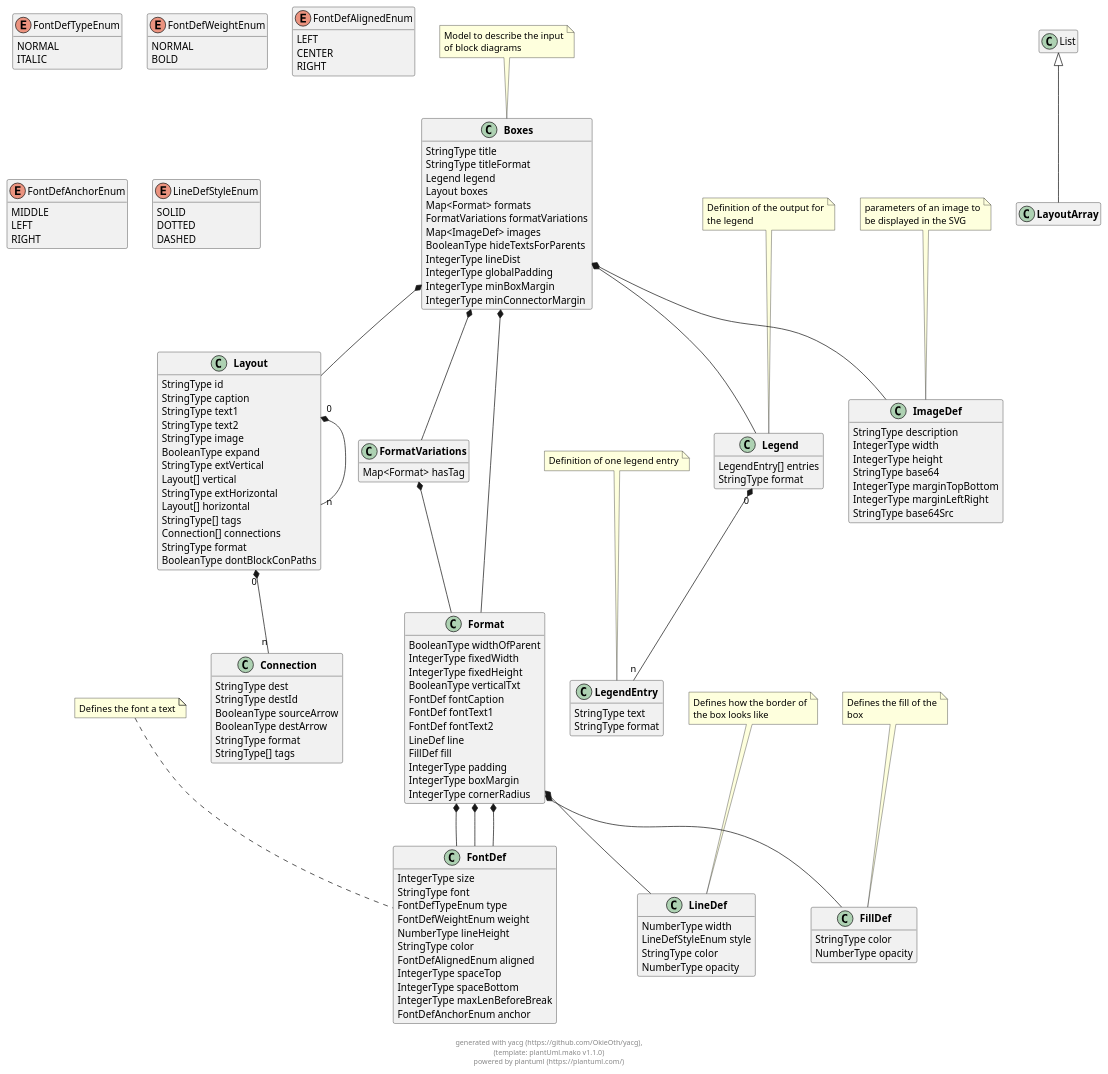
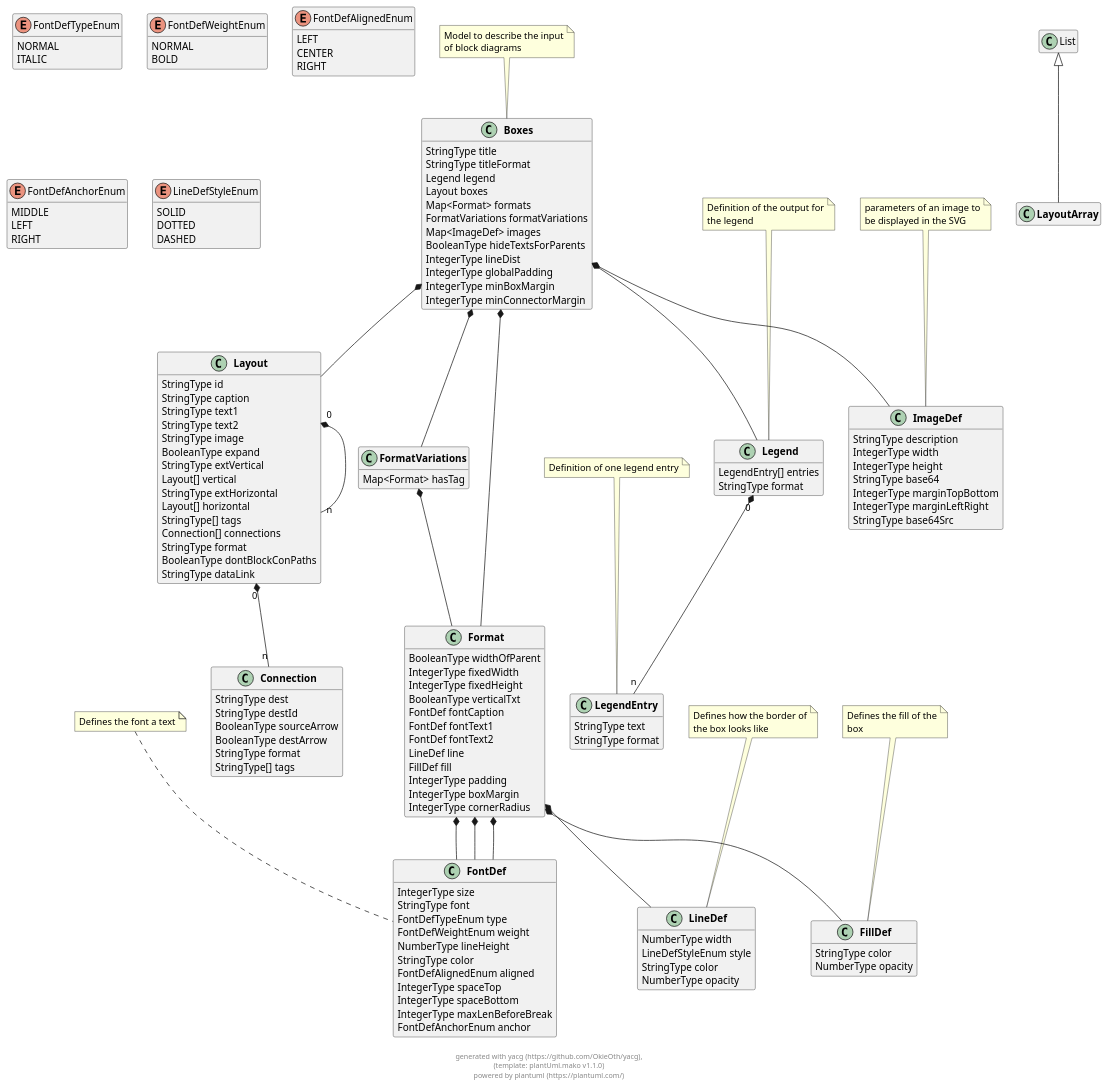
Before and after one commit to OkieOth/draw.chart.things: the diagram in docs/models/puml/boxes.puml, drawn with PlantUML. The commit also changed 9 other files, not shown here.

```diff
--- a/docs/models/puml/boxes.puml
+++ b/docs/models/puml/boxes.puml
@@ -45,6 +45,7 @@
         Connection[] connections
         StringType format
         BooleanType dontBlockConPaths
+        StringType dataLink
 }
 
  
@@ -213,6 +214,7 @@
 
 
 
+
     
     
 
```
